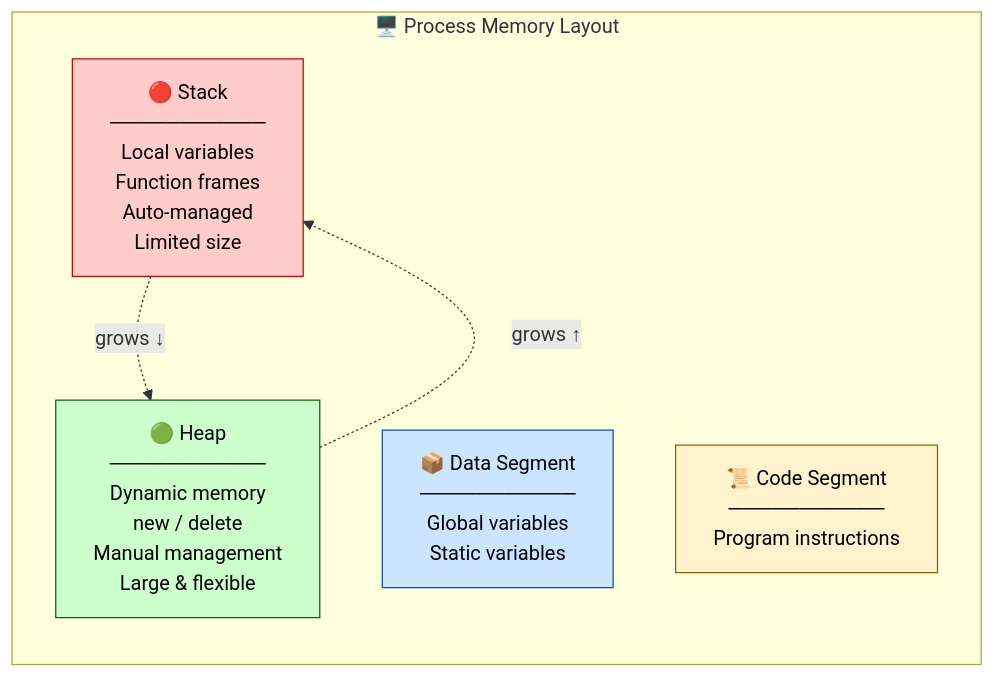
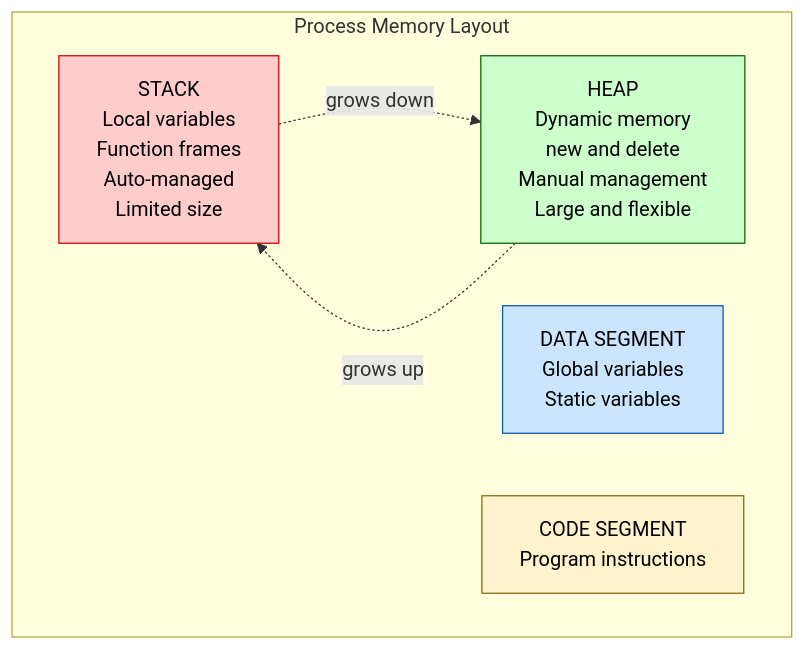
One commit to sakshamsontakke/Mastering-CPP changed the first of 22 diagrams in 02-Object-Oriented-Programming/40_masteringPointersAndDynamicMemory.md. Above: the diagram before and after it, drawn with Mermaid. The commit also changed other lines of this file, not shown here.

````diff
--- a/02-Object-Oriented-Programming/40_masteringPointersAndDynamicMemory.md
+++ b/02-Object-Oriented-Programming/40_masteringPointersAndDynamicMemory.md
@@ -46,18 +46,17 @@
 ```mermaid
 graph TB
-    subgraph PROCESS["🖥️ Process Memory Layout"]
-        direction TB
-        A["🔴 Stack\n───────────\nLocal variables\nFunction frames\nAuto-managed\nLimited size"]
-        B["🟢 Heap\n───────────\nDynamic memory\nnew / delete\nManual management\nLarge & flexible"]
-        C["📦 Data Segment\n───────────\nGlobal variables\nStatic variables"]
-        D["📜 Code Segment\n───────────\nProgram instructions"]
+    subgraph PROCESS["Process Memory Layout"]
+        A["STACK\nLocal variables\nFunction frames\nAuto-managed\nLimited size"]
+        B["HEAP\nDynamic memory\nnew and delete\nManual management\nLarge and flexible"]
+        C["DATA SEGMENT\nGlobal variables\nStatic variables"]
+        D["CODE SEGMENT\nProgram instructions"]
     end
 
-    A -.->|"grows ↓"| B
-    B -.->|"grows ↑"| A
+    A -.->|"grows down"| B
+    B -.->|"grows up"| A
 
     style A fill:#ffcccc,stroke:#cc0000,color:#000
     style B fill:#ccffcc,stroke:#006600,color:#000
     style C fill:#cce5ff,stroke:#0055aa,color:#000
     style D fill:#fff3cd,stroke:#856404,color:#000
 ```
````
